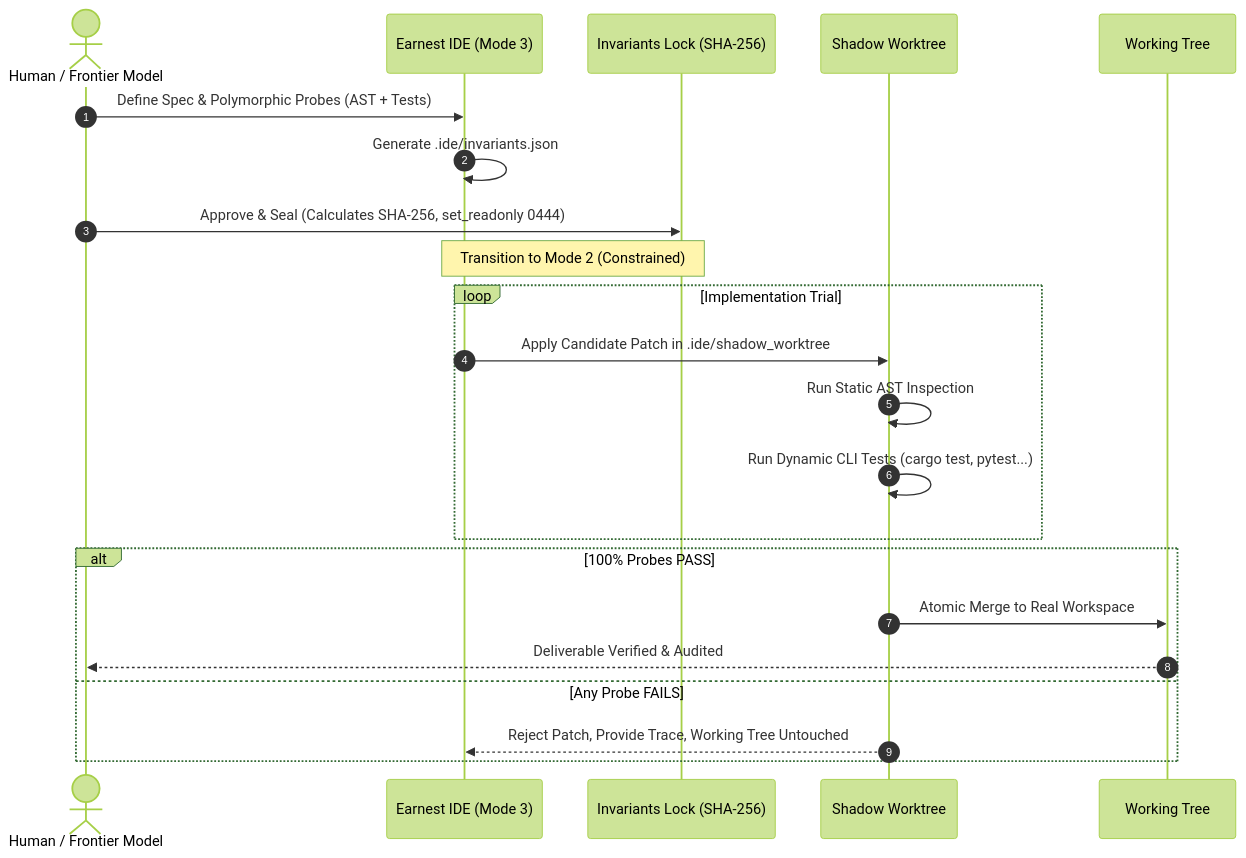
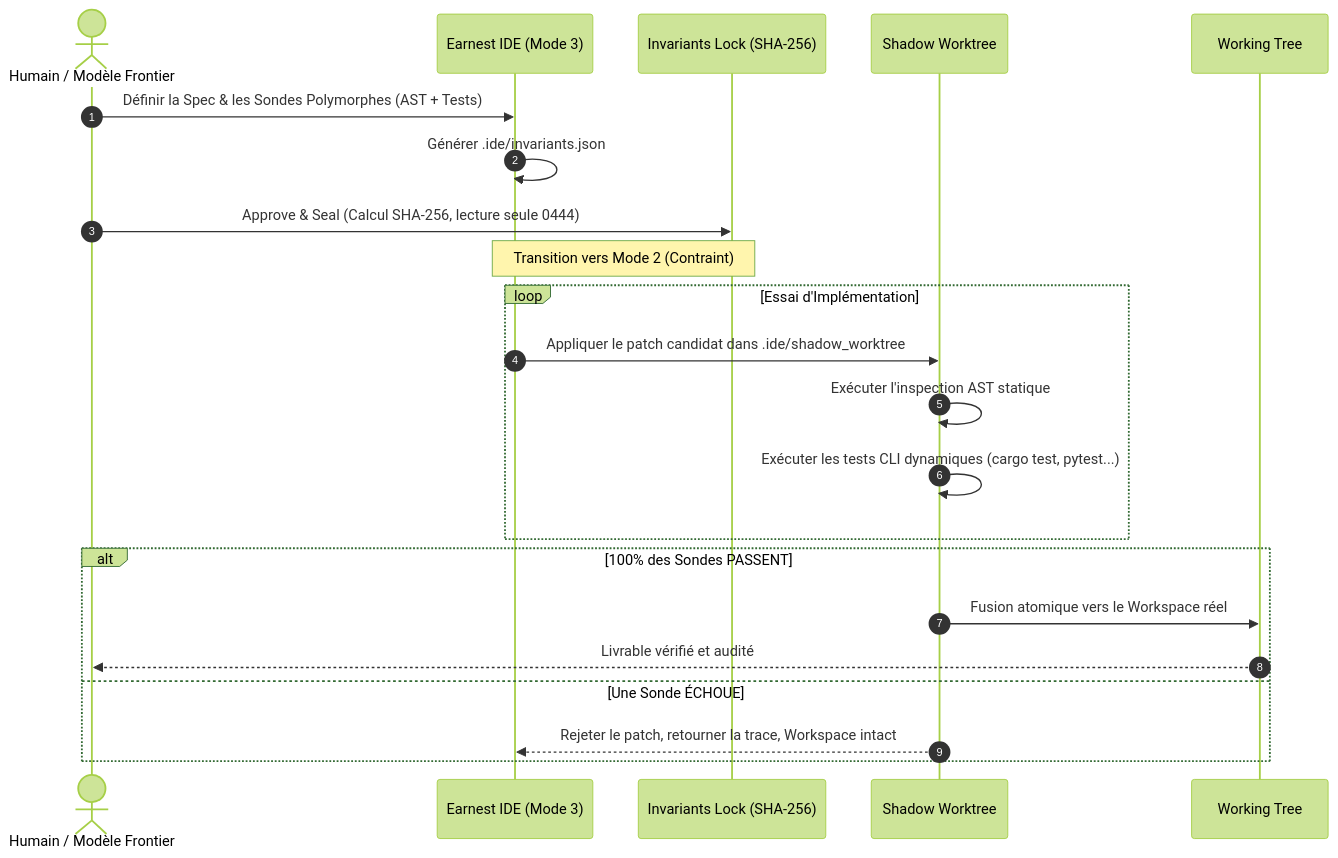
The diagram in README.md (lecyberbill/Earnest), drawn with Mermaid (forest theme) before and after one commit. The commit also changed other lines of this file, not shown here.

````diff
--- a/README.md
+++ b/README.md
@@ -81,27 +81,27 @@
 ```mermaid
 sequenceDiagram
     autonumber
-    actor Architect as Human / Frontier Model
+    actor Architect as Humain / Modèle Frontier
     participant IDE as Earnest IDE (Mode 3)
     participant Lock as Invariants Lock (SHA-256)
     participant Shadow as Shadow Worktree
     participant Workspace as Working Tree
 
-    Architect->>IDE: Define Spec & Polymorphic Probes (AST + Tests)
-    IDE->>IDE: Generate .ide/invariants.json
-    Architect->>Lock: Approve & Seal (Calculates SHA-256, set_readonly 0444)
-    Note over IDE,Lock: Transition to Mode 2 (Constrained)
+    Architect->>IDE: Définir la Spec & les Sondes Polymorphes (AST + Tests)
+    IDE->>IDE: Générer .ide/invariants.json
+    Architect->>Lock: Approve & Seal (Calcul SHA-256, lecture seule 0444)
+    Note over IDE,Lock: Transition vers Mode 2 (Contraint)
     
-    loop Implementation Trial
-        IDE->>Shadow: Apply Candidate Patch in .ide/shadow_worktree
-        Shadow->>Shadow: Run Static AST Inspection
-        Shadow->>Shadow: Run Dynamic CLI Tests (cargo test, pytest...)
+    loop Essai d'Implémentation
+        IDE->>Shadow: Appliquer le patch candidat dans .ide/shadow_worktree
+        Shadow->>Shadow: Exécuter l'inspection AST statique
+        Shadow->>Shadow: Exécuter les tests CLI dynamiques (cargo test, pytest...)
     end
     
-    alt 100% Probes PASS
-        Shadow->>Workspace: Atomic Merge to Real Workspace
-        Workspace-->>Architect: Deliverable Verified & Audited
-    else Any Probe FAILS
-        Shadow-->>IDE: Reject Patch, Provide Trace, Working Tree Untouched
+    alt 100% des Sondes PASSENT
+        Shadow->>Workspace: Fusion atomique vers le Workspace réel
+        Workspace-->>Architect: Livrable vérifié et audité
+    else Une Sonde ÉCHOUE
+        Shadow-->>IDE: Rejeter le patch, retourner la trace, Workspace intact
     end
 ```
````
